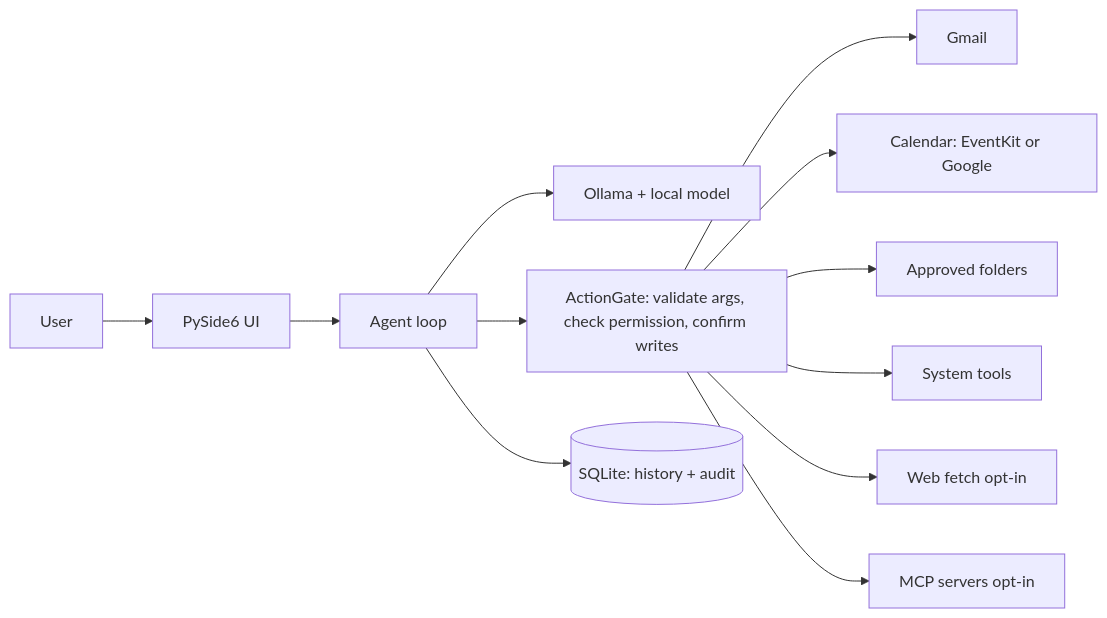
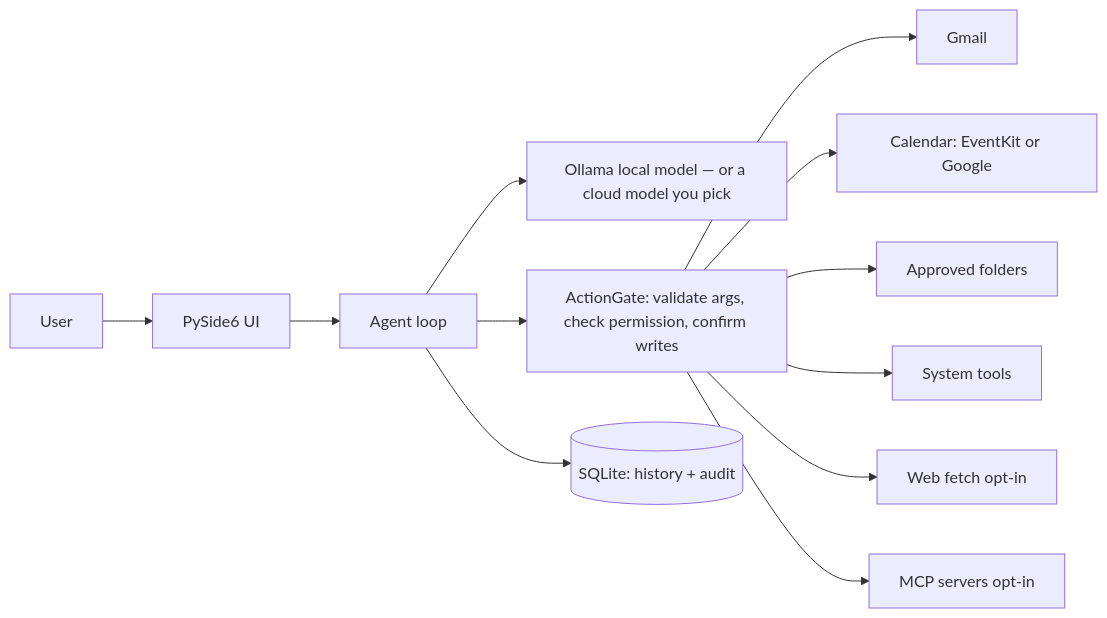
The diagram in README.md (MdAhbab/hearth), drawn with Mermaid before and after one commit. The commit also changed other lines of this file and 4 other files, not shown here.

````diff
--- a/README.md
+++ b/README.md
@@ -185,14 +198,14 @@
 ```mermaid
 flowchart LR
     User --> UI[PySide6 UI]
     UI --> Agent[Agent loop]
-    Agent --> Provider[Ollama + local model]
+    Agent --> Provider[Ollama local model — or a cloud model you pick]
     Agent --> Gate[ActionGate: validate args, check permission, confirm writes]
     Gate --> Gmail[Gmail]
     Gate --> Cal[Calendar: EventKit or Google]
     Gate --> Files[Approved folders]
     Gate --> Sys[System tools]
     Gate --> Web[Web fetch opt-in]
     Gate --> MCP[MCP servers opt-in]
     Agent --> DB[(SQLite: history + audit)]
 ```
````
